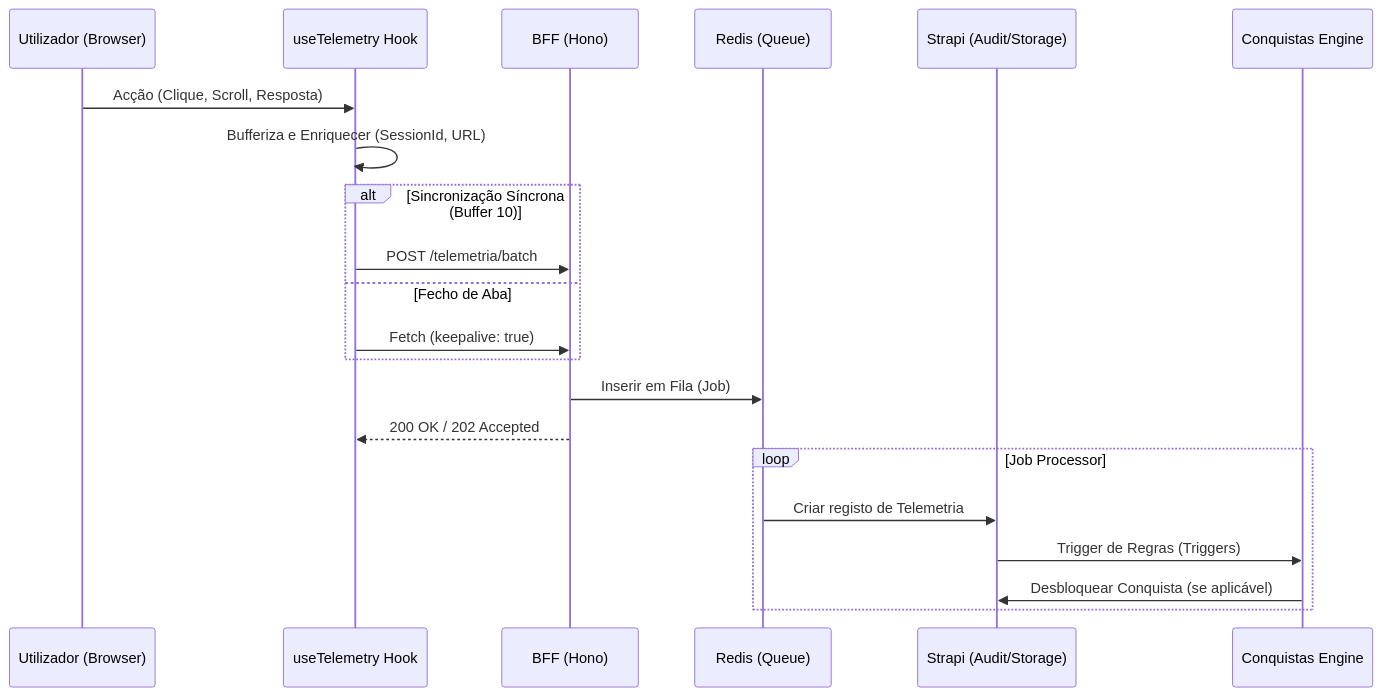
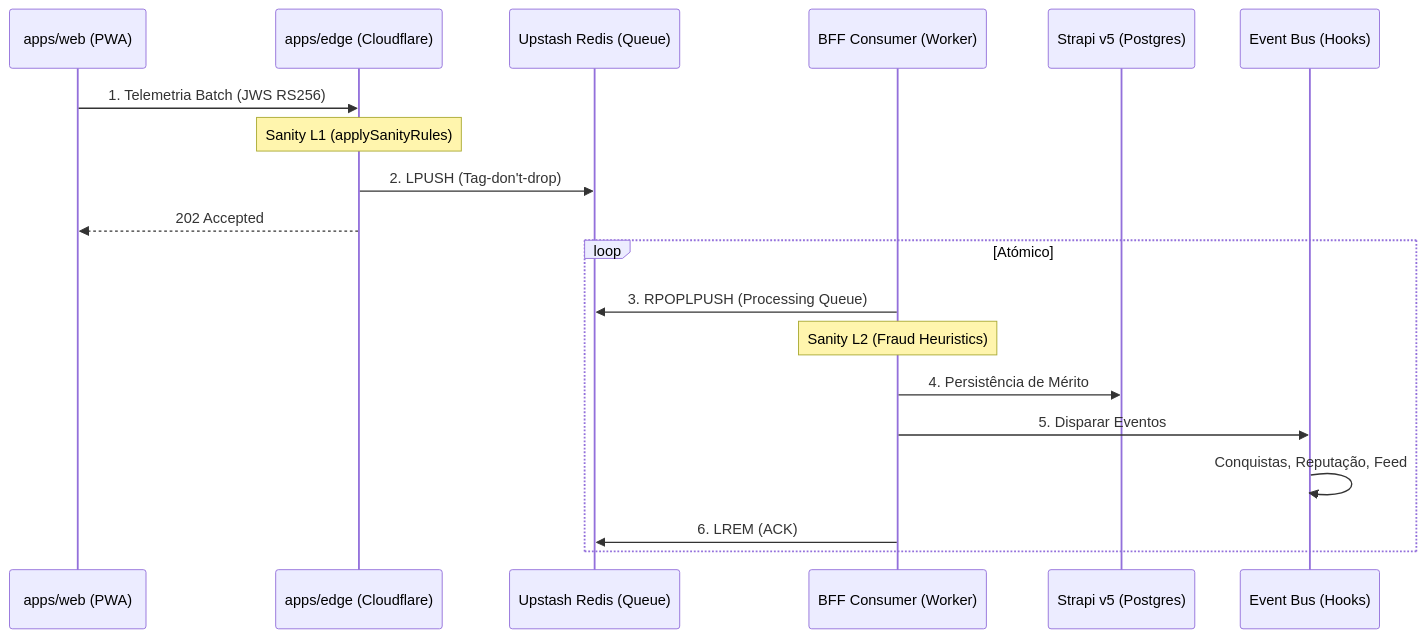
Before and after one commit to TARSENFOLD/pdc: the diagram in docs/telemetria/pipeline.md, drawn with Mermaid. The commit also changed other lines of this file and 273 other files, not shown here.

````diff
--- a/docs/telemetria/pipeline.md
+++ b/docs/telemetria/pipeline.md
@@ -7,27 +11,23 @@
 ```mermaid
 sequenceDiagram
-    participant U as Utilizador (Browser)
-    participant H as useTelemetry Hook
-    participant B as BFF (Hono)
-    participant R as Redis (Queue)
-    participant S as Strapi (Audit/Storage)
-    participant E as Conquistas Engine
+    participant Browser as apps/web (PWA)
+    participant Edge as apps/edge (Cloudflare)
+    participant Upstash as Upstash Redis (Queue)
+    participant Consumer as BFF Consumer (Worker)
+    participant Strapi as Strapi v5 (Postgres)
+    participant Bus as Event Bus (Hooks)
 
-    U->>H: Acção (Clique, Scroll, Resposta)
-    H->>H: Bufferiza e Enriquecer (SessionId, URL)
+    Browser->>Edge: 1. Telemetria Batch (JWS RS256)
+    Note over Edge: Sanity L1 (applySanityRules)
+    Edge->>Upstash: 2. LPUSH (Tag-don't-drop)
+    Edge-->>Browser: 202 Accepted
     
-    alt Sincronização Síncrona (Buffer 10)
-        H->>B: POST /telemetria/batch
-    else Fecho de Aba
-        H->>B: Fetch (keepalive: true)
-    end
-
-    B->>R: Inserir em Fila (Job)
-    B-->>H: 200 OK / 202 Accepted
-
-    loop Job Processor
-        R->>S: Criar registo de Telemetria
-        S->>E: Trigger de Regras (Triggers)
-        E->>S: Desbloquear Conquista (se aplicável)
+    loop Atómico
+        Consumer->>Upstash: 3. RPOPLPUSH (Processing Queue)
+        Note over Consumer: Sanity L2 (Fraud Heuristics)
+        Consumer->>Strapi: 4. Persistência de Mérito
+        Consumer->>Bus: 5. Disparar Eventos
+        Bus->>Bus: Conquistas, Reputação, Feed
+        Consumer->>Upstash: 6. LREM (ACK)
     end
 ```
````
